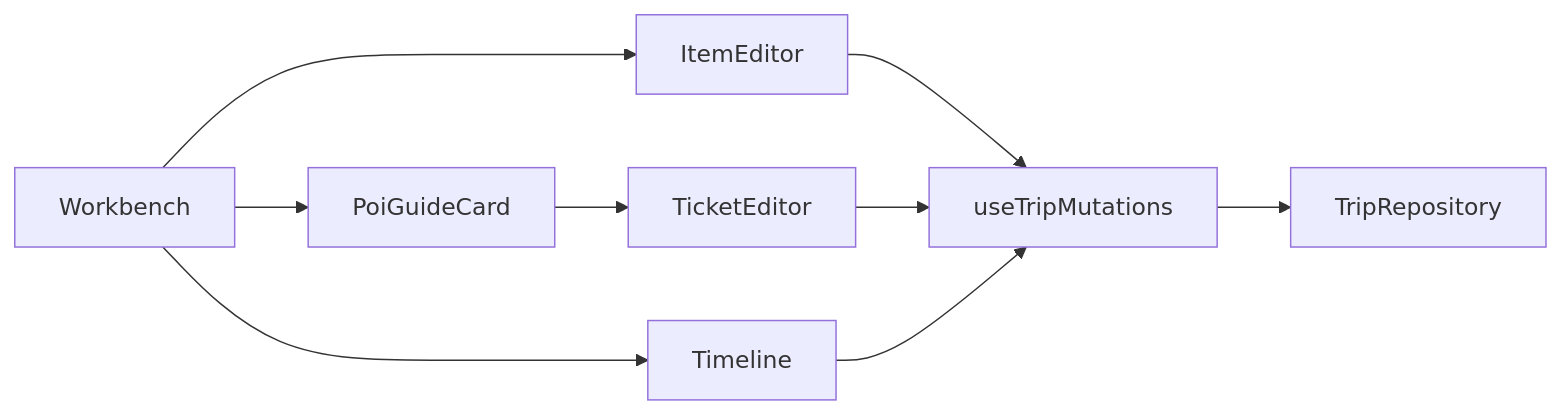
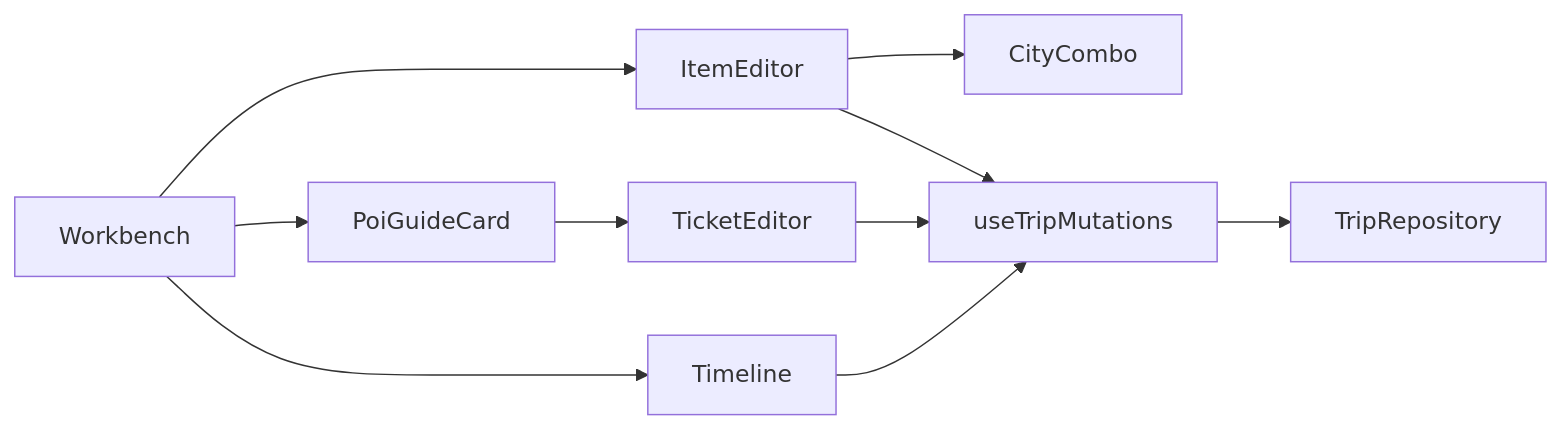
The seventh of 7 diagrams in .qoder/repowiki/zh/content/核心功能模块/行程管理模块/项目编辑器/项目编辑器.md (huangyilu/wanwuyishi), drawn with Mermaid before and after one commit. The commit also changed other lines of this file and 93 other files, not shown here.

````diff
--- a/.qoder/repowiki/zh/content/核心功能模块/行程管理模块/项目编辑器/项目编辑器.md
+++ b/.qoder/repowiki/zh/content/核心功能模块/行程管理模块/项目编辑器/项目编辑器.md
@@ -274,11 +341,12 @@
 ```mermaid
 graph LR
 W["Workbench"] --> T["Timeline"]
 W --> I["ItemEditor"]
 W --> P["PoiGuideCard"]
 P --> TE["TicketEditor"]
+I --> CC["CityCombo"]
 I --> Q["useTripMutations"]
 TE --> Q
 T --> Q
 Q --> R["TripRepository"]
 ```
````
